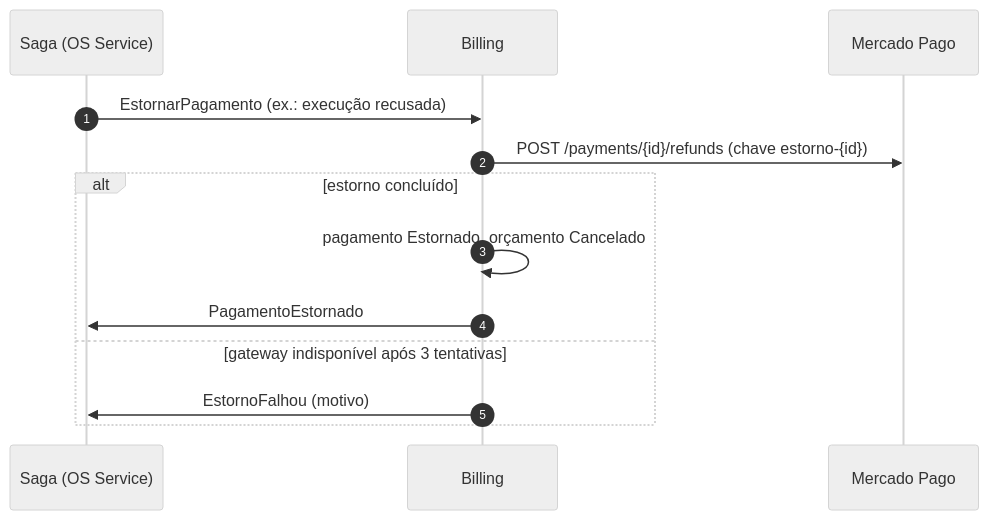
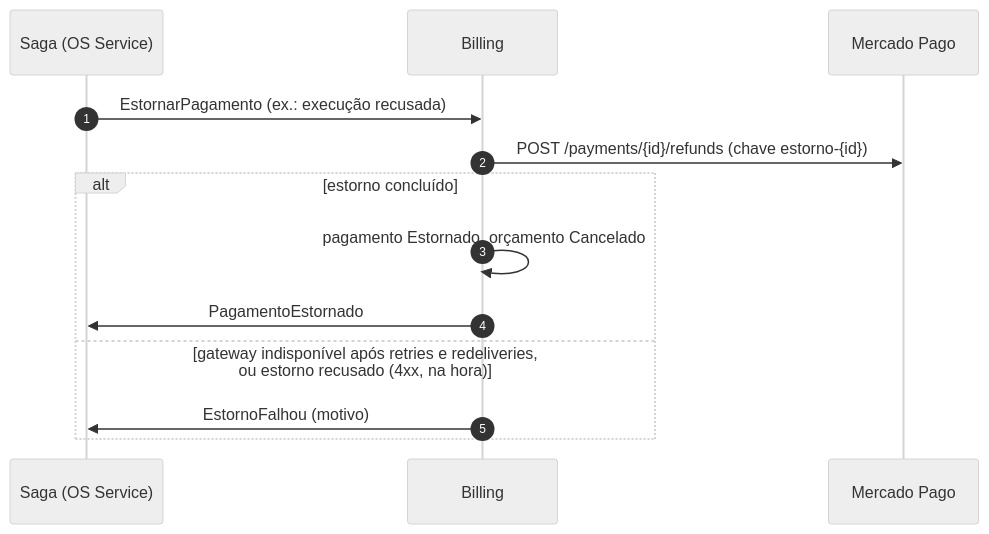
One commit to lcr-thiago-fernandes/oficina-billing-service changed the third of 3 diagrams in README.md. Above: the diagram before and after it, drawn with Mermaid (neutral theme). The commit also changed other lines of this file and 13 other files, not shown here.

````diff
--- a/README.md
+++ b/README.md
@@ -80,15 +80,15 @@
 ```mermaid
 sequenceDiagram
     autonumber
     participant S as Saga (OS Service)
     participant B as Billing
     participant MP as Mercado Pago
     S->>B: EstornarPagamento (ex.: execução recusada)
     B->>MP: POST /payments/{id}/refunds (chave estorno-{id})
     alt estorno concluído
         B->>B: pagamento Estornado, orçamento Cancelado
         B->>S: PagamentoEstornado
-    else gateway indisponível após 3 tentativas
+    else gateway indisponível após retries e redeliveries, ou estorno recusado (4xx, na hora)
         B->>S: EstornoFalhou (motivo)
     end
 ```
````
